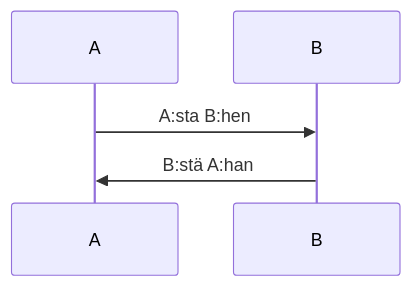
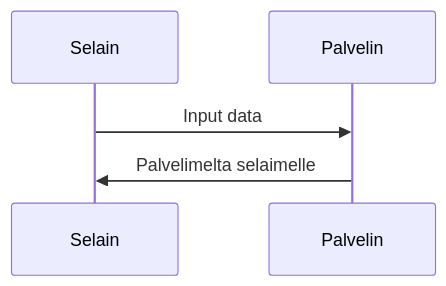
One commit to TeekkariTeemu/fullstack changed the diagram in Osa0/04.md. Above: the diagram before and after it, drawn with Mermaid.

Commit message:
Pohjustus tehtävään

````diff
--- a/Osa0/04.md
+++ b/Osa0/04.md
@@ -1,7 +1,7 @@
 ```mermaid
 sequenceDiagram
-    participant A
-    participant B
-    A->>B: A:sta B:hen
-    B->>A: B:stä A:han
+    participant Selain
+    participant Palvelin
+    Selain->>Palvelin: Input data
+    Palvelin->>Selain: Palvelimelta selaimelle
 ```
````
